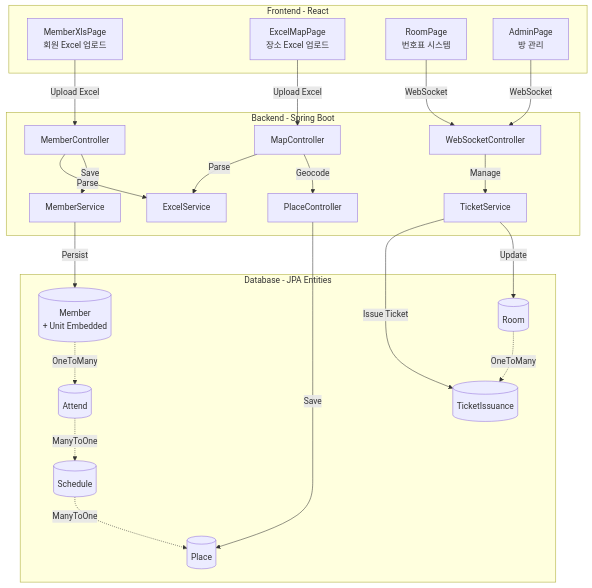
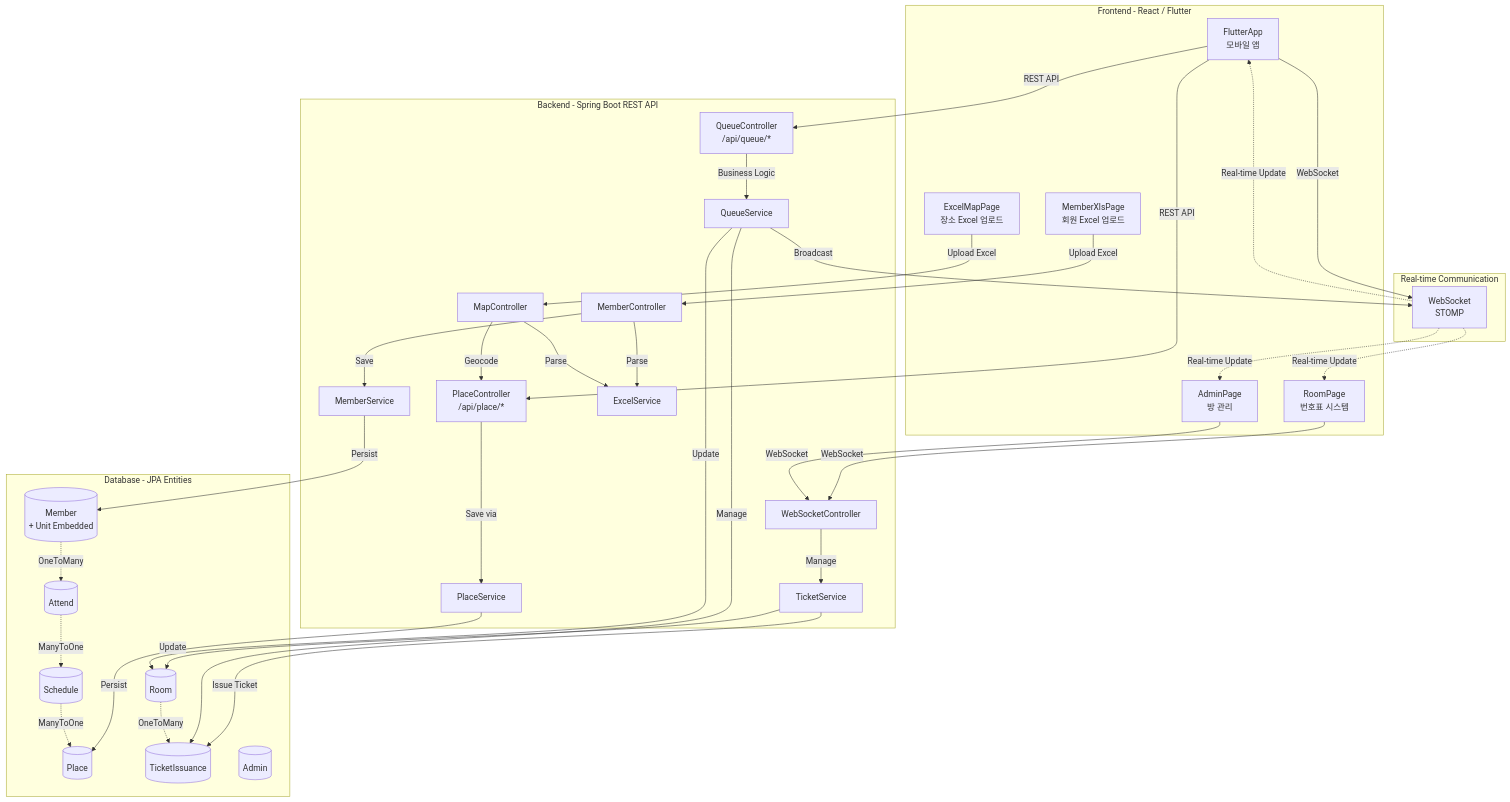
One commit to TetraLabYonam/api changed the third of 8 diagrams in src/main/resources/markDown/DATABASE_DIAGRAMS.md. Above: the diagram before and after it, drawn with Mermaid. The commit also changed other lines of this file and 4 other files, not shown here.

First line of the commit message:
DOCS : 프로젝트 문서 정리 및 DATABASE_DIAGRAMS.md 개선

````diff
--- a/src/main/resources/markDown/DATABASE_DIAGRAMS.md
+++ b/src/main/resources/markDown/DATABASE_DIAGRAMS.md
@@ -154,49 +302,72 @@
 ```mermaid
 graph TB
-    subgraph "Frontend - React"
+    subgraph "Frontend - React / Flutter"
         A[MemberXlsPage<br/>회원 Excel 업로드]
         B[ExcelMapPage<br/>장소 Excel 업로드]
         C[RoomPage<br/>번호표 시스템]
         D[AdminPage<br/>방 관리]
+        E[FlutterApp<br/>모바일 앱]
     end
 
-    subgraph "Backend - Spring Boot"
-        E[MemberController]
-        F[MapController]
-        G[PlaceController]
-        H[WebSocketController]
-        I[MemberService]
-        J[ExcelService]
-        K[TicketService]
+    subgraph "Backend - Spring Boot REST API"
+        F[MemberController]
+        G[MapController]
+        H[PlaceController<br/>/api/place/*]
+        I[QueueController<br/>/api/queue/*]
+        J[WebSocketController]
+        K[MemberService]
+        L[ExcelService]
+        M[TicketService]
+        N[QueueService]
+        O[PlaceService]
     end
 
     subgraph "Database - JPA Entities"
-        L[(Member<br/>+ Unit Embedded)]
-        N[(Attend)]
-        O[(Schedule)]
-        P[(Place)]
-        Q[(Room)]
-        R[(TicketIssuance)]
+        P[(Member<br/>+ Unit Embedded)]
+        Q[(Attend)]
+        R[(Schedule)]
+        S[(Place)]
+        T[(Room)]
+        U[(TicketIssuance)]
+        V[(Admin)]
     end
 
-    A -->|Upload Excel| E
-    E -->|Parse| J
-    E -->|Save| I
-    I -->|Persist| L
+    subgraph "Real-time Communication"
+        W[WebSocket<br/>STOMP]
+    end
 
-    B -->|Upload Excel| F
-    F -->|Parse| J
-    F -->|Geocode| G
-    G -->|Save| P
+    A -->|Upload Excel| F
+    F -->|Parse| L
+    F -->|Save| K
+    K -->|Persist| P
 
-    C -->|WebSocket| H
-    D -->|WebSocket| H
-    H -->|Manage| K
-    K -->|Issue Ticket| R
-    K -->|Update| Q
+    B -->|Upload Excel| G
+    G -->|Parse| L
+    G -->|Geocode| H
+    H -->|Save via| O
+    O -->|Persist| S
 
-    L -.->|OneToMany| N
-    N -.->|ManyToOne| O
-    O -.->|ManyToOne| P
-    Q -.->|OneToMany| R
+    E -->|REST API| H
+    E -->|REST API| I
+    E -->|WebSocket| W
+
+    C -->|WebSocket| J
+    D -->|WebSocket| J
+    J -->|Manage| M
+    M -->|Issue Ticket| U
+    M -->|Update| T
+
+    I -->|Business Logic| N
+    N -->|Manage| U
+    N -->|Update| T
+    N -->|Broadcast| W
+
+    W -.->|Real-time Update| C
+    W -.->|Real-time Update| D
+    W -.->|Real-time Update| E
+
+    P -.->|OneToMany| Q
+    Q -.->|ManyToOne| R
+    R -.->|ManyToOne| S
+    T -.->|OneToMany| U
 ```
````
